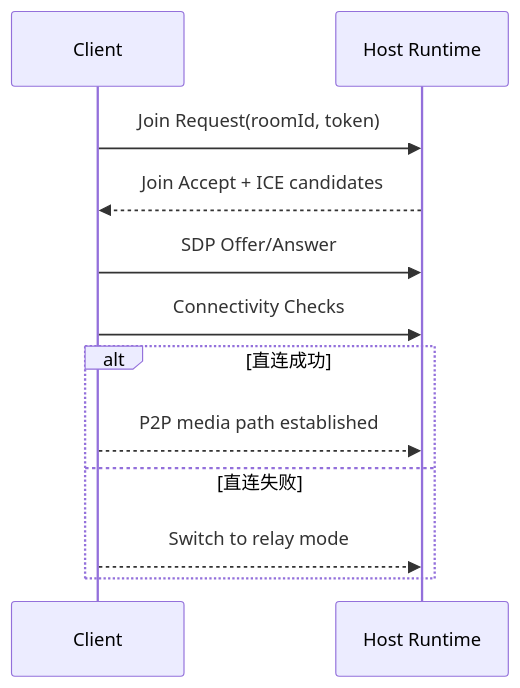
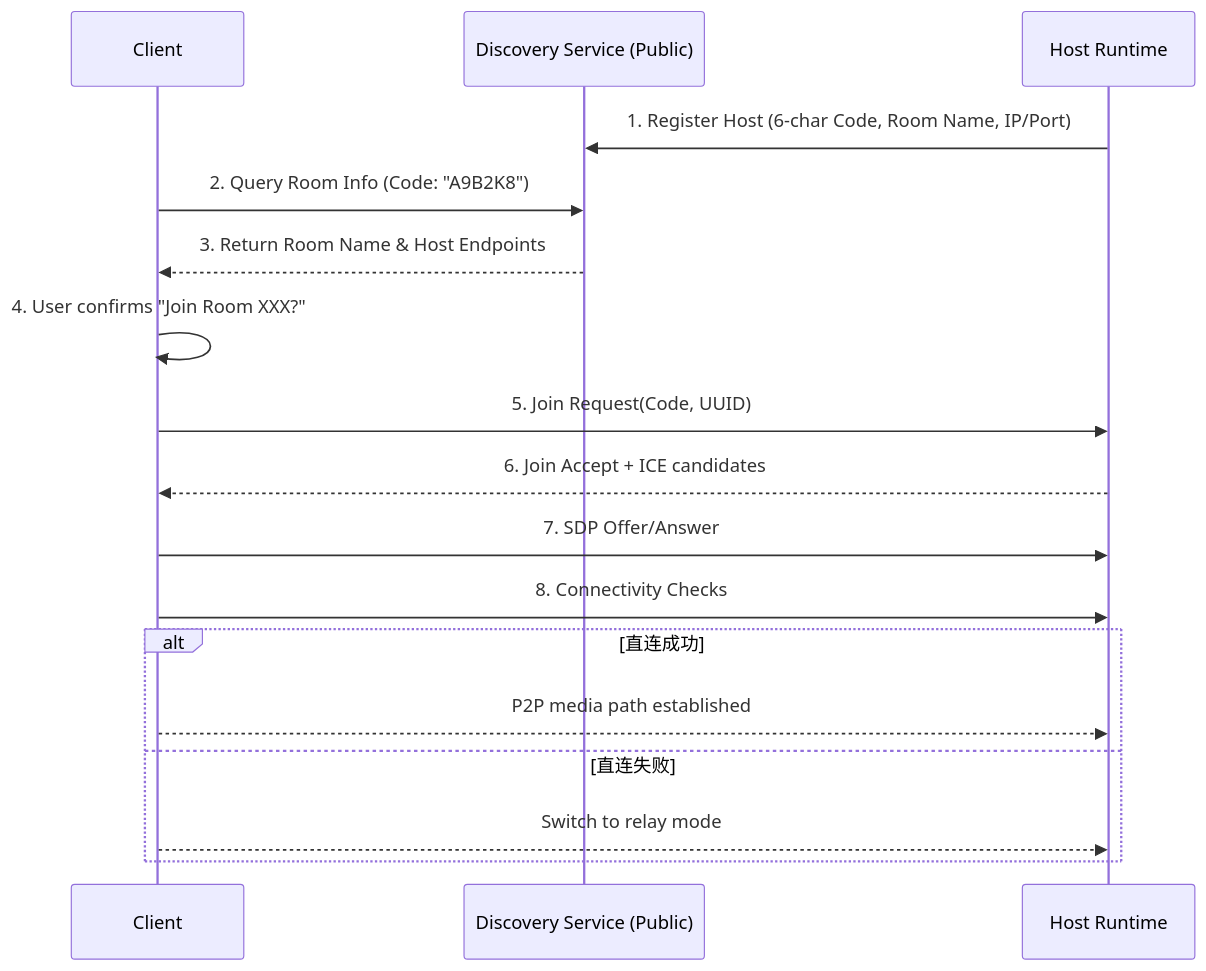
Before and after one commit to jinhuang712/pivi: the diagram in spec/01-architecture/networking-nat-strategy.md, drawn with Mermaid. The commit also changed other lines of this file and 19 other files, not shown here.

````diff
--- a/spec/01-architecture/networking-nat-strategy.md
+++ b/spec/01-architecture/networking-nat-strategy.md
@@ -24,14 +26,21 @@
 ```mermaid
 sequenceDiagram
     participant C as Client
+    participant D as Discovery Service (Public)
     participant H as Host Runtime
-    C->>H: Join Request(roomId, token)
-    H-->>C: Join Accept + ICE candidates
-    C->>H: SDP Offer/Answer
-    C->>H: Connectivity Checks
+    
+    H->>D: 1. Register Host (6-char Code, Room Name, IP/Port)
+    C->>D: 2. Query Room Info (Code: "A9B2K8")
+    D-->>C: 3. Return Room Name & Host Endpoints
+    C->>C: 4. User confirms "Join Room XXX?"
+    
+    C->>H: 5. Join Request(Code, UUID)
+    H-->>C: 6. Join Accept + ICE candidates
+    C->>H: 7. SDP Offer/Answer
+    C->>H: 8. Connectivity Checks
     alt 直连成功
         C-->>H: P2P media path established
     else 直连失败
         C-->>H: Switch to relay mode
     end
 ```
````
